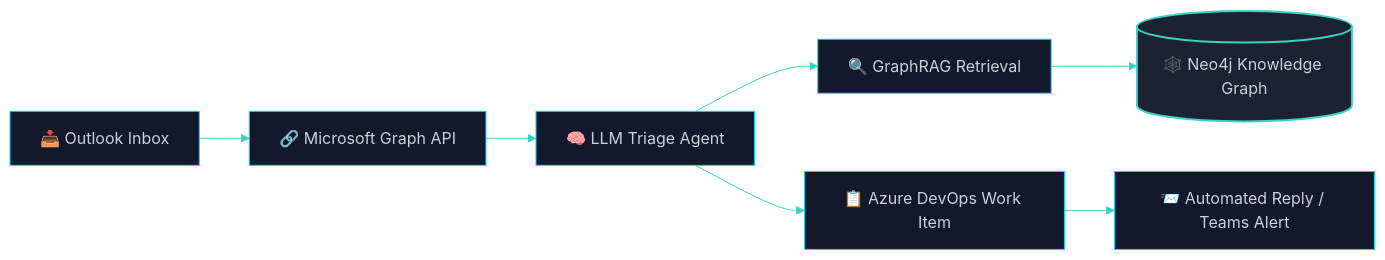
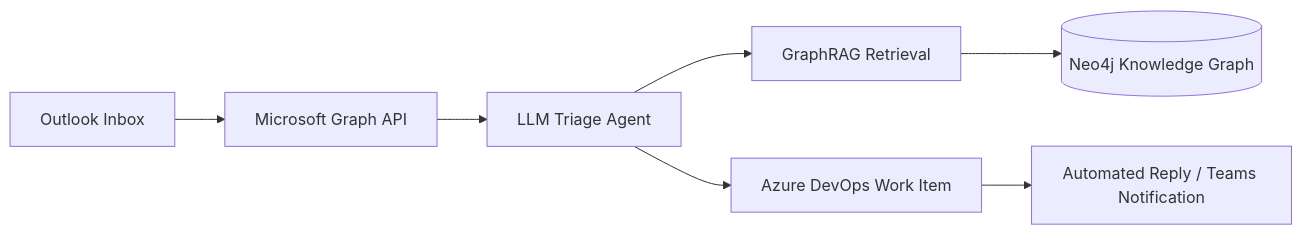
The first of 2 diagrams in README.md (yessine18/yessine18), drawn with Mermaid before and after one commit. The commit also changed other lines of this file, not shown here.

````diff
--- a/README.md
+++ b/README.md
@@ -54,13 +43,9 @@
 ```mermaid
-%%{init: {'theme':'base', 'themeVariables': {'primaryColor':'#13192B','primaryTextColor':'#C9D1D9','primaryBorderColor':'#00D9FF','lineColor':'#39D2C0','secondaryColor':'#1B2333','tertiaryColor':'#0B1120'}}}%%
 flowchart LR
-    A["📥 Outlook Inbox"] --> B["🔗 Microsoft Graph API"]
-    B --> C["🧠 LLM Triage Agent"]
-    C --> D["🔍 GraphRAG Retrieval"]
-    D --> E[("🕸️ Neo4j Knowledge Graph")]
-    C --> F["📋 Azure DevOps Work Item"]
-    F --> G["📨 Automated Reply / Teams Alert"]
-
-    classDef store fill:#1B2333,stroke:#39D2C0,stroke-width:2px,color:#C9D1D9;
-    class E store;
+    A[Outlook Inbox] --> B[Microsoft Graph API]
+    B --> C[LLM Triage Agent]
+    C --> D[GraphRAG Retrieval]
+    D --> E[(Neo4j Knowledge Graph)]
+    C --> F[Azure DevOps Work Item]
+    F --> G[Automated Reply / Teams Notification]
 ```
````
